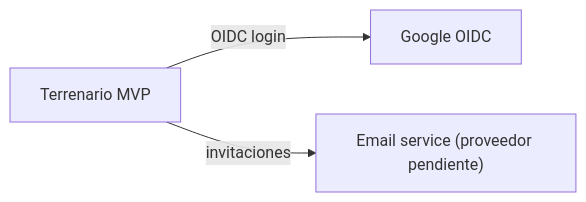
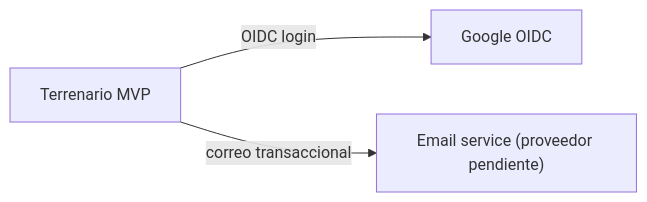
One commit to AndresGilabert/terrenario changed the diagram in docs/06-integraciones/vision-general.md. Above: the diagram before and after it, drawn with Mermaid. The commit also changed other lines of this file and 28 other files, not shown here.

````diff
--- a/docs/06-integraciones/vision-general.md
+++ b/docs/06-integraciones/vision-general.md
@@ -19,5 +19,5 @@
 ```mermaid
 flowchart LR
     sistema["Terrenario MVP"] -->|"OIDC login"| google["Google OIDC"]
-    sistema -->|"invitaciones"| email["Email service (proveedor pendiente)"]
+    sistema -->|"correo transaccional"| email["Email service (proveedor pendiente)"]
 ```
````
